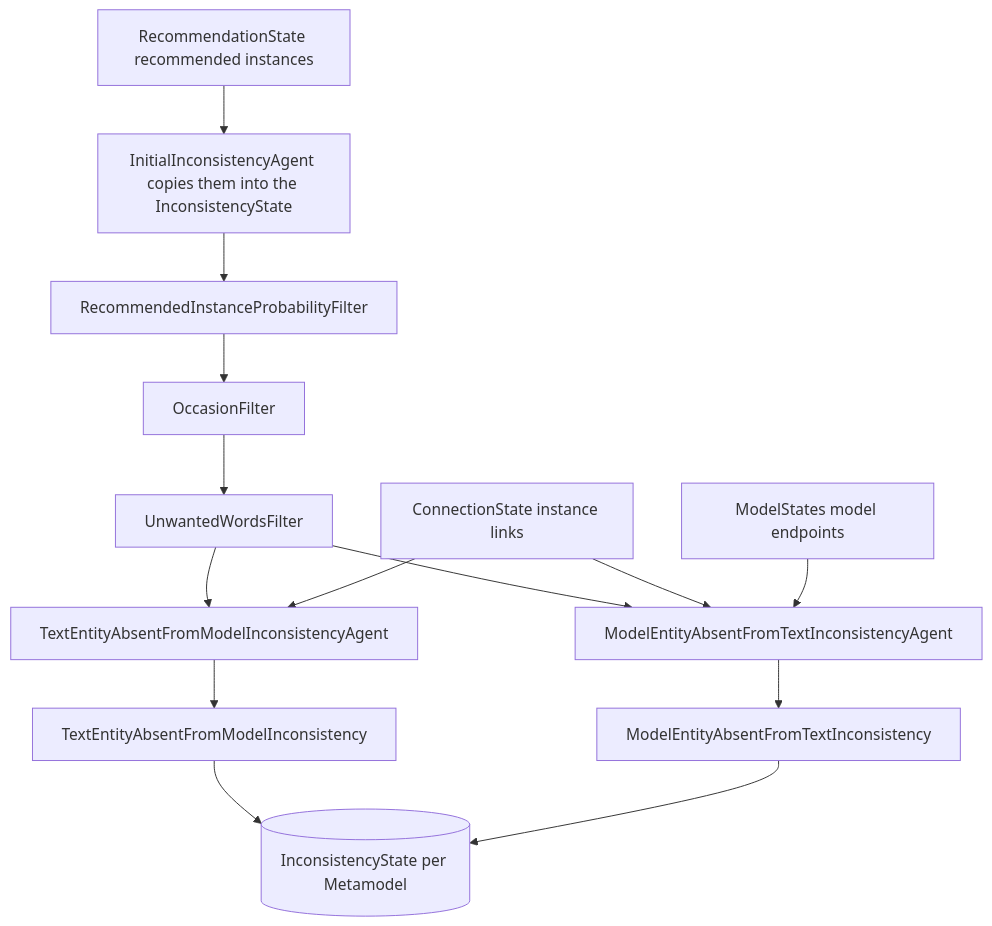
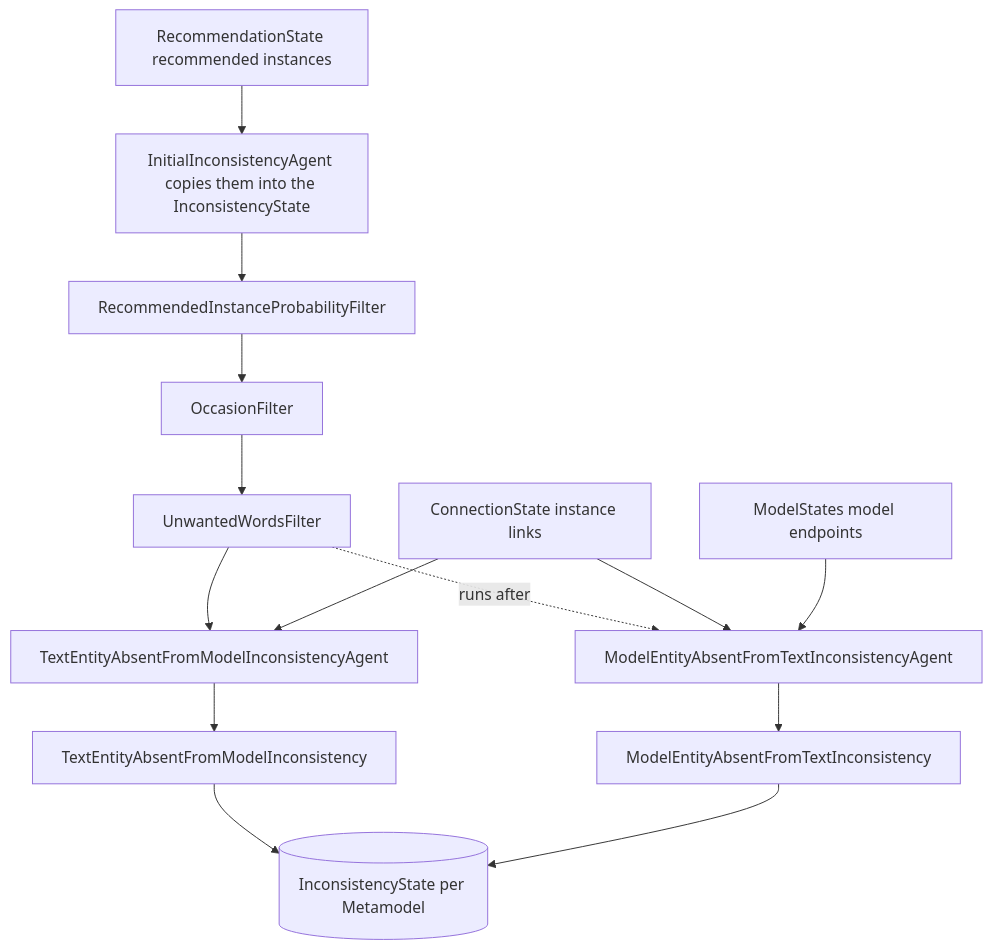
One commit to ardoco/ardoco changed the diagram in openwiki/inconsistency-detection.md. Above: the diagram before and after it, drawn with Mermaid. The commit also changed other lines of this file and 13 other files, not shown here.

````diff
--- a/openwiki/inconsistency-detection.md
+++ b/openwiki/inconsistency-detection.md
@@ -122,16 +122,16 @@
 ```mermaid
 flowchart TD
     RS["RecommendationState recommended instances"] --> COPY["InitialInconsistencyAgent copies them into the InconsistencyState"]
     COPY --> F1["RecommendedInstanceProbabilityFilter"]
     F1 --> F2["OccasionFilter"]
     F2 --> F3["UnwantedWordsFilter"]
     F3 --> TEAM["TextEntityAbsentFromModelInconsistencyAgent"]
-    F3 --> MEAT["ModelEntityAbsentFromTextInconsistencyAgent"]
+    F3 -.->|"runs after"| MEAT["ModelEntityAbsentFromTextInconsistencyAgent"]
     CS["ConnectionState instance links"] --> TEAM
     CS --> MEAT
     MS["ModelStates model endpoints"] --> MEAT
     TEAM --> TI["TextEntityAbsentFromModelInconsistency"]
     MEAT --> MI["ModelEntityAbsentFromTextInconsistency"]
     TI --> ST[("InconsistencyState per Metamodel")]
     MI --> ST
 ```
````
